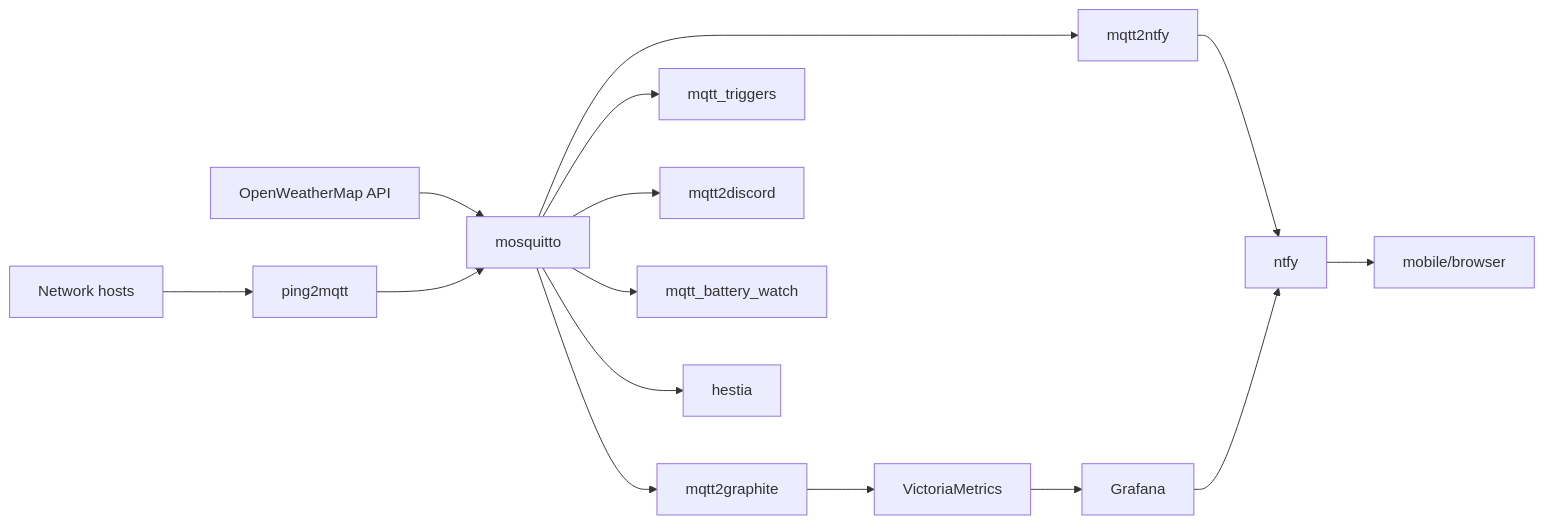
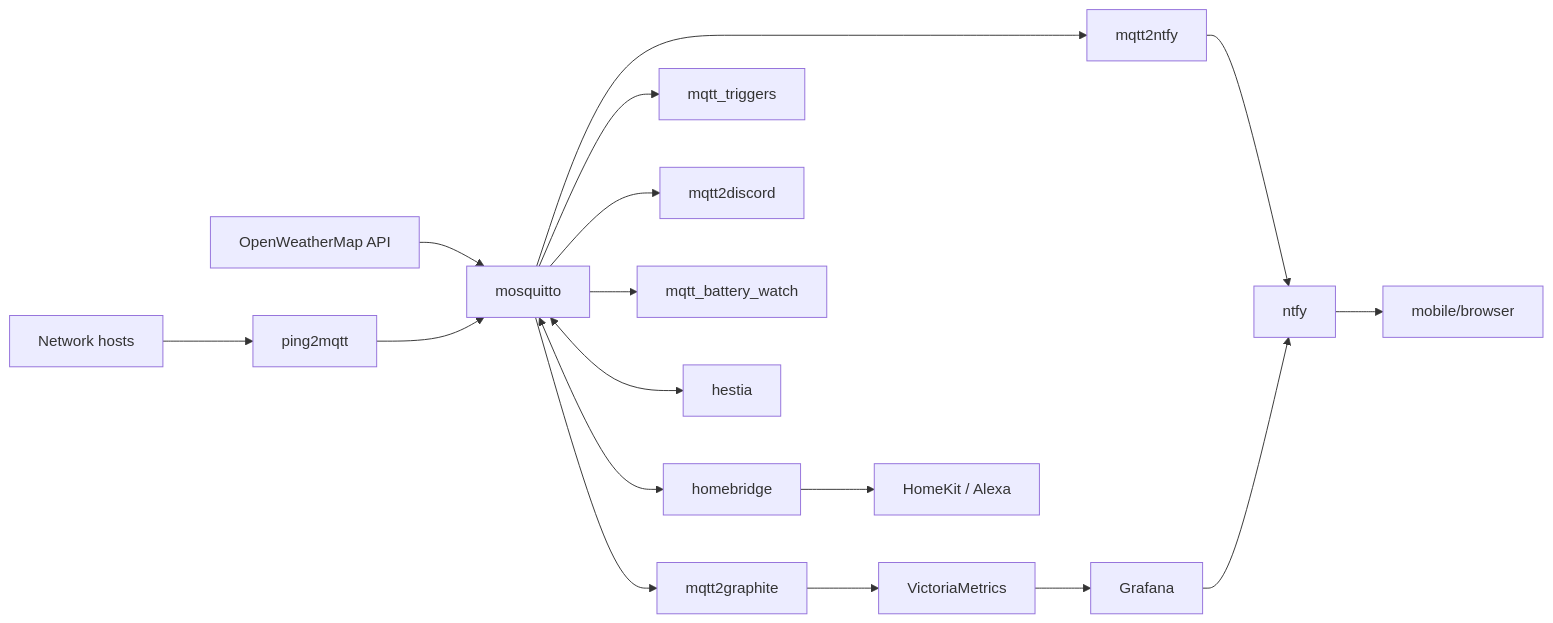
Before and after one commit to skullydazed/ai-server-redwood: the diagram in README.md, drawn with Mermaid. The commit also changed other lines of this file, not shown here.

Commit message:
Add homebridge to README
- Add homebridge to system services table (ports 51872/8581, plugins,
  config location)
- Add mosquitto↔homebridge→HomeKit/Alexa edges to Mermaid diagram

````diff
--- a/README.md
+++ b/README.md
@@ -26,13 +26,14 @@
 ```mermaid
 graph LR
     OWM[OpenWeatherMap API] --> mosquitto
     hosts[Network hosts] --> ping2mqtt --> mosquitto
     mosquitto --> mqtt2graphite --> VictoriaMetrics --> Grafana
     mosquitto --> mqtt_triggers
     mosquitto --> mqtt2discord
     mosquitto --> mqtt_battery_watch
-    mosquitto --> hestia
+    mosquitto <--> hestia
     mosquitto --> mqtt2ntfy --> ntfy
     Grafana --> ntfy
     ntfy --> client[mobile/browser]
+    mosquitto <--> homebridge --> HomeKit[HomeKit / Alexa]
 ```
````
